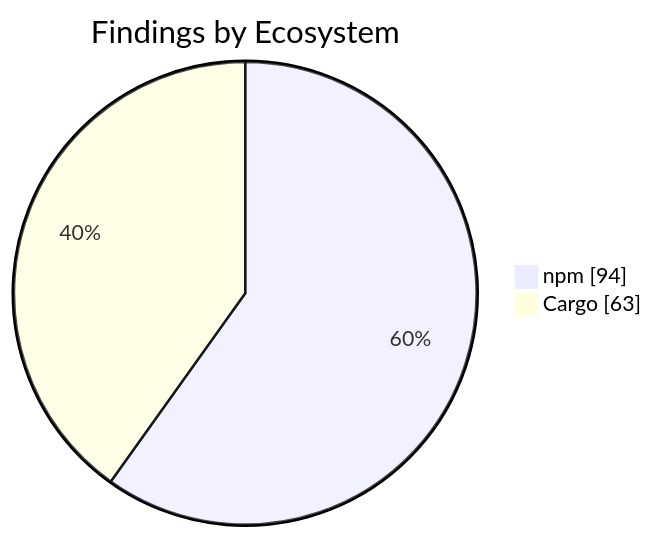
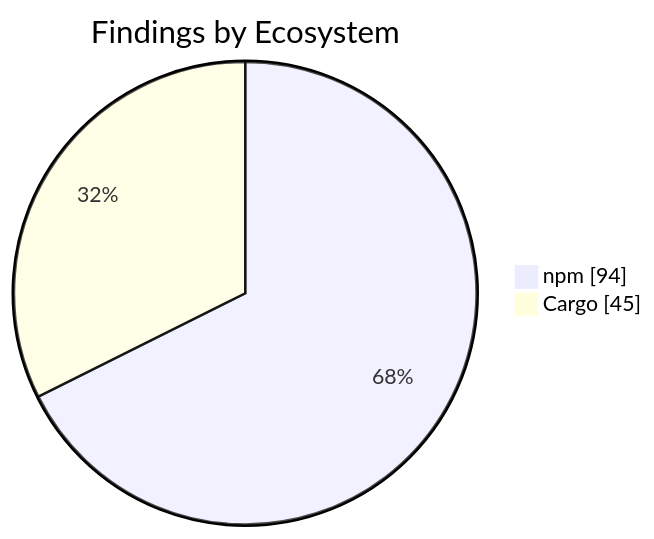
One commit to KBVE/kbve changed the second of 2 diagrams in apps/kbve/astro-kbve/src/content/docs/dashboard/security.mdx. Above: the diagram before and after it, drawn with Mermaid. The commit also changed other lines of this file and 1 other file, not shown here.

````diff
--- a/apps/kbve/astro-kbve/src/content/docs/dashboard/security.mdx
+++ b/apps/kbve/astro-kbve/src/content/docs/dashboard/security.mdx
@@ -159,6 +159,6 @@
 ```mermaid
 pie showData
     title Findings by Ecosystem
     "npm" : 94
-    "Cargo" : 63
+    "Cargo" : 45
 ```
````
